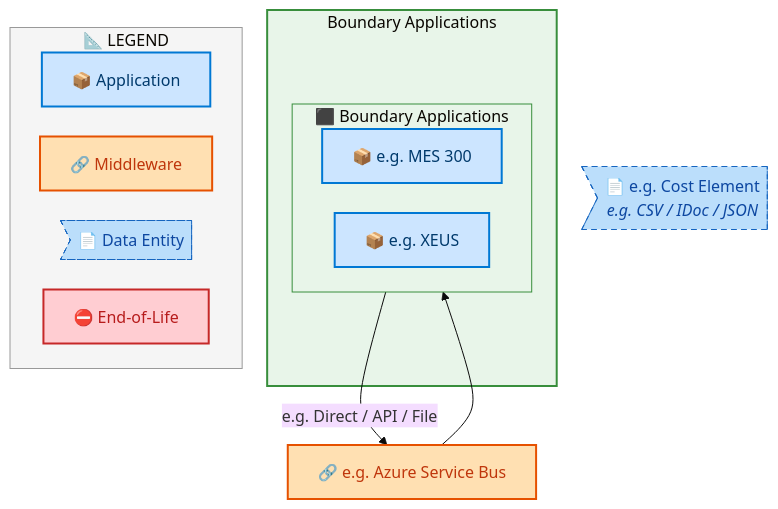
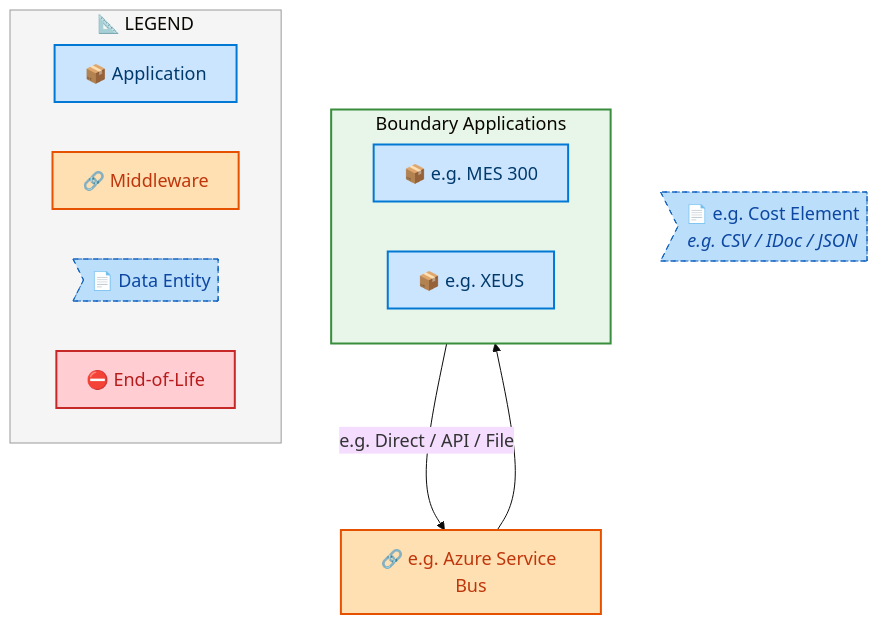
Before and after one commit to sajivfrancis777/IAO-Architecture: the ninth of 11 diagrams in towers/E2E/Procure to Pay/E2E-44/output/docs/systems-architecture/E2E-44-Architecture.md, drawn with Mermaid. The commit also changed other lines of this file and 251 other files, not shown here.

````diff
--- a/towers/E2E/Procure to Pay/E2E-44/output/docs/systems-architecture/E2E-44-Architecture.md
+++ b/towers/E2E/Procure to Pay/E2E-44/output/docs/systems-architecture/E2E-44-Architecture.md
@@ -1199,40 +1196,37 @@
 ```mermaid
-%%{init: {"theme": "base", "securityLevel": "loose", "themeVariables": {"fontSize": "16px", "fontFamily": "Segoe UI, Arial, sans-serif"}, "flowchart": {"useMaxWidth": false, "htmlLabels": true, "nodeSpacing": 30, "rankSpacing": 35}} }%%
+%%{init: {"theme": "base", "securityLevel": "loose", "themeVariables": {"fontSize": "18px", "fontFamily": "Segoe UI, Arial, sans-serif"}, "flowchart": {"useMaxWidth": false, "htmlLabels": true, "nodeSpacing": 50, "rankSpacing": 60}} }%%
 flowchart TB
     %% -- ArchiMate 3.2 + Azure style classes --
     classDef business      fill:#FFFFB3,stroke:#F9A825,stroke-width:2px,color:#000
     classDef app           fill:#CCE5FF,stroke:#0078D4,stroke-width:2px,color:#003A6C
     classDef data          fill:#BBDEFB,stroke:#1565C0,stroke-width:1px,color:#0D47A1,stroke-dasharray: 5 5
     classDef middleware    fill:#FFE0B2,stroke:#E65100,stroke-width:2px,color:#BF360C
     classDef eol           fill:#FFCDD2,stroke:#C62828,stroke-width:2px,color:#B71C1C
     classDef saas          fill:#E1BEE7,stroke:#7B1FA2,stroke-width:2px,color:#4A148C
     classDef cloud         fill:#BBDEFB,stroke:#1565C0,stroke-width:2px,color:#0D47A1
     classDef onprem        fill:#C8E6C9,stroke:#2E7D32,stroke-width:2px,color:#1B5E20
 
-    subgraph E2E44FT_Boundary_Applications["Boundary Applications"]
-        subgraph E2E44FLN_Boundary_Applications[" ⬛ Boundary Applications"]
-            direction LR
-            E2E44F_e_g_MES_300["📦 e.g. MES 300"]:::app
-            E2E44F_e_g_XEUS["📦 e.g. XEUS"]:::app
-        end
+    subgraph E2E44FLN_Boundary_Applications[" Boundary Applications"]
+        direction LR
+        E2E44F_e_g_MES_300["📦 e.g. MES 300"]:::app
+        E2E44F_e_g_XEUS["📦 e.g. XEUS"]:::app
     end
 
     E2E44FMW_e_g_Azure_Service_Bus["🔗 e.g. Azure Service Bus"]:::middleware
     E2E44FDE_e_g_Cost_Element>"📄 e.g. Cost Element<br/><i>e.g. CSV / IDoc / JSON</i>"]:::data
 
     E2E44F_e_g_MES_300 -->|"e.g. Direct / API / File"| E2E44FMW_e_g_Azure_Service_Bus
     E2E44FMW_e_g_Azure_Service_Bus --> E2E44F_e_g_XEUS
 
 
-    style E2E44FT_Boundary_Applications fill:#E8F5E9,stroke:#388E3C,stroke-width:2px
-    style E2E44FLN_Boundary_Applications fill:#E8F5E9,stroke:#388E3C,stroke-width:1px
+    style E2E44FLN_Boundary_Applications fill:#E8F5E9,stroke:#388E3C,stroke-width:2px
 
     subgraph Legend["📐 LEGEND"]
         direction LR
         L_APP["📦 Application"]:::app
         L_MW["🔗 Middleware"]:::middleware
         L_DE>"📄 Data Entity"]:::data
         L_EOL["⛔ End-of-Life"]:::eol
     end
     style Legend fill:#F5F5F5,stroke:#999,stroke-width:1px
 ```
````
